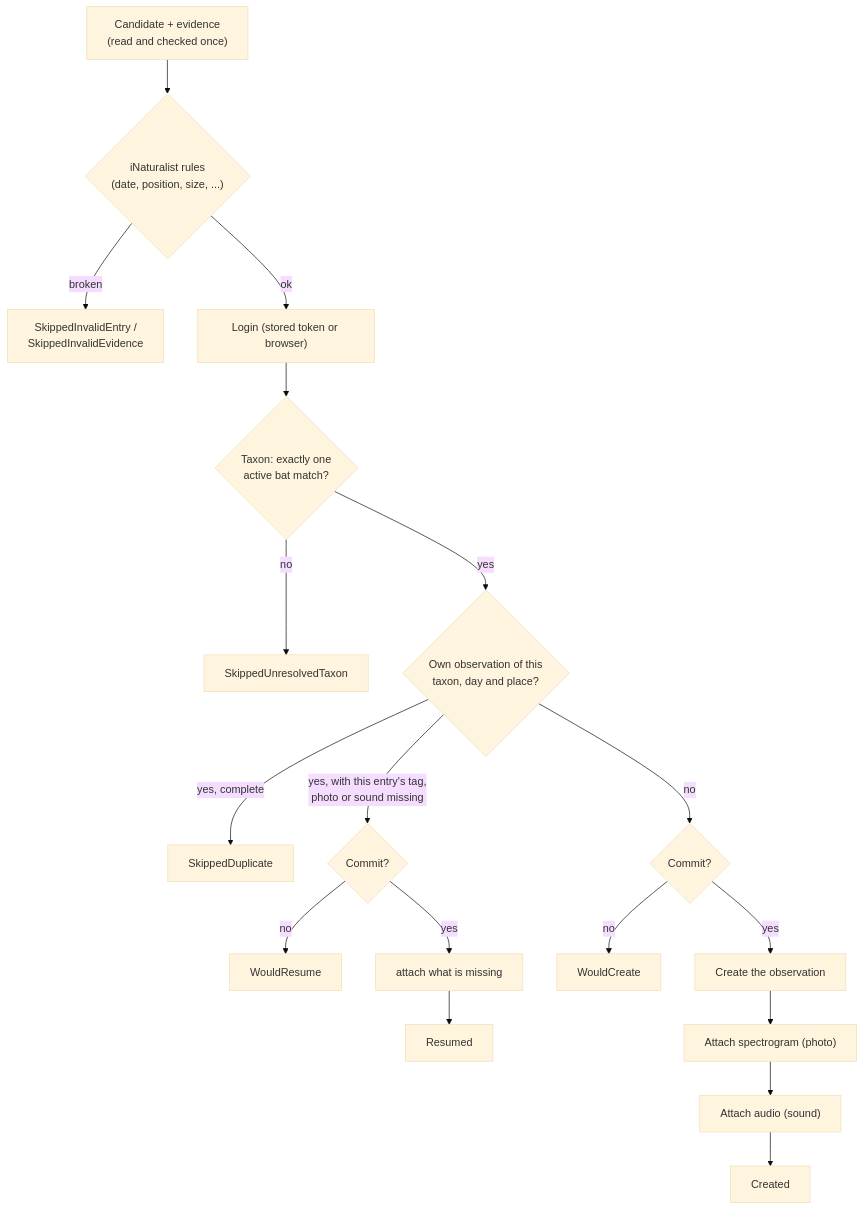
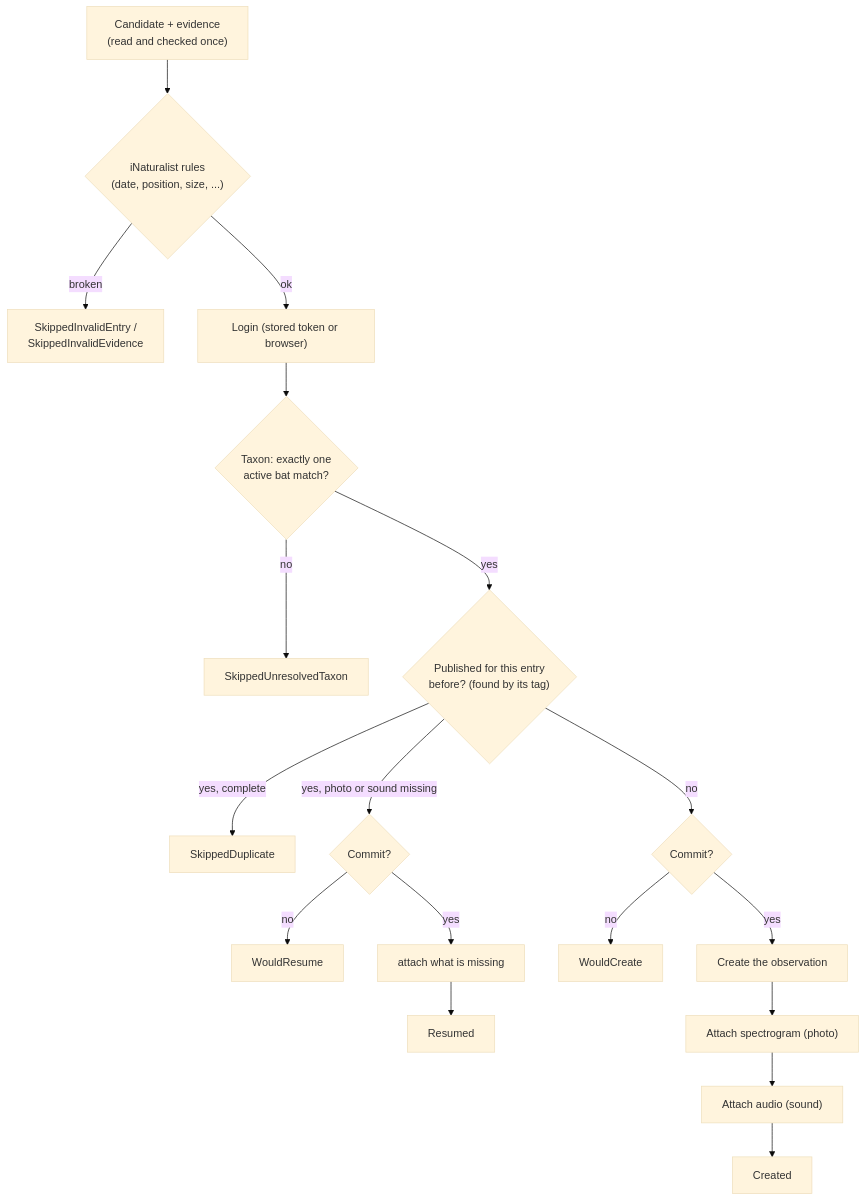
One commit to microglossum/batinspector-publisher changed the diagram in docs/inaturalist.md. Above: the diagram before and after it, drawn with Mermaid (base theme). The commit also changed other lines of this file and 25 other files, not shown here.

````diff
--- a/docs/inaturalist.md
+++ b/docs/inaturalist.md
@@ -14,20 +14,20 @@
 ```mermaid
 flowchart TD
     A["Candidate + evidence<br/>(read and checked once)"] --> B{"iNaturalist rules<br/>(date, position, size, ...)"}
     B -->|broken| S1["SkippedInvalidEntry /<br/>SkippedInvalidEvidence"]
     B -->|ok| C["Login (stored token or browser)"]
     C --> D{"Taxon: exactly one<br/>active bat match?"}
     D -->|no| S2["SkippedUnresolvedTaxon"]
-    D -->|yes| E{"Own observation of this<br/>taxon, day and place?"}
+    D -->|yes| E{"Published for this entry<br/>before? (found by its tag)"}
     E -->|"yes, complete"| S3["SkippedDuplicate"]
-    E -->|"yes, with this entry's tag,<br/>photo or sound missing"| G{"Commit?"}
+    E -->|"yes, photo or sound missing"| G{"Commit?"}
     E -->|no| H{"Commit?"}
     G -->|no| W1["WouldResume"]
     G -->|yes| K["attach what is missing"]
     H -->|no| W2["WouldCreate"]
     H -->|yes| I["Create the observation"]
     I --> J["Attach spectrogram (photo)"]
     J --> K2["Attach audio (sound)"]
     K --> R["Resumed"]
     K2 --> CR["Created"]
 ```
````
